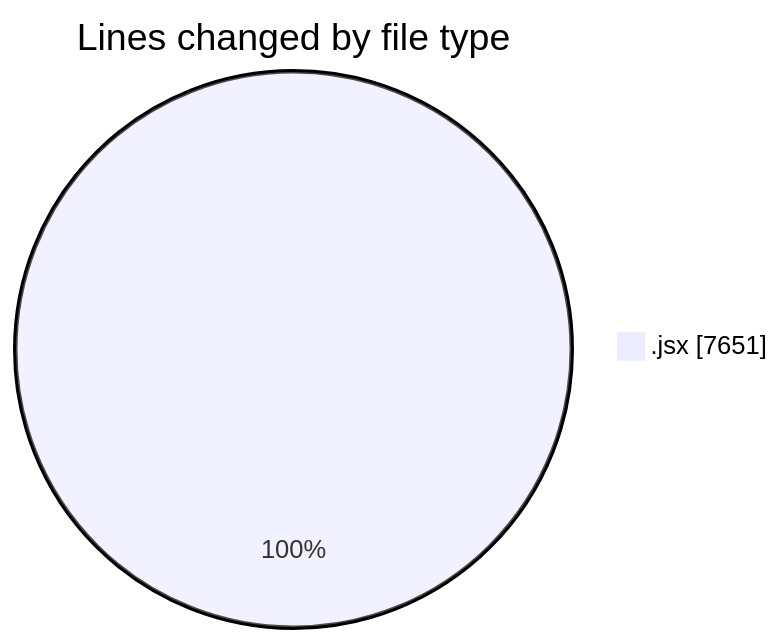
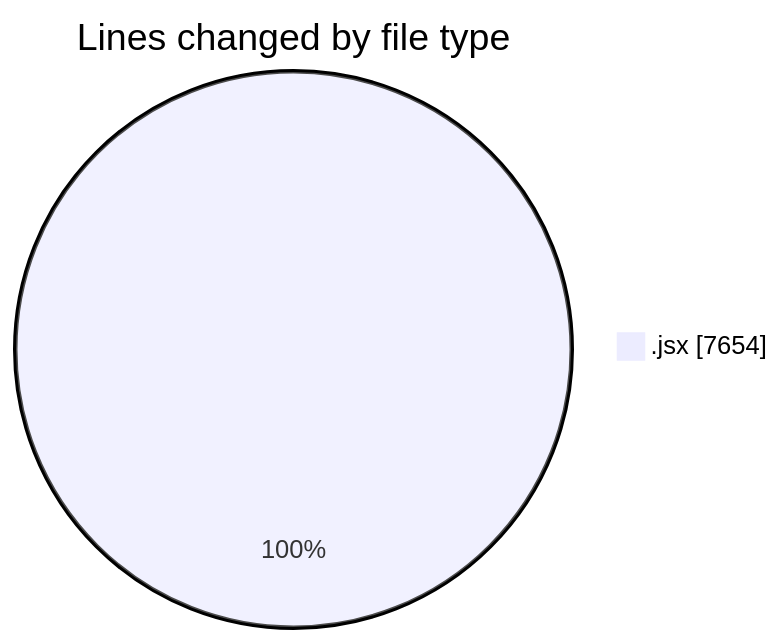
Before and after one commit to nxtqubesakshisongat/code-tracking: the first of 2 diagrams in 2025-09-09/nxtqube_webapp/README.md, drawn with Mermaid. The commit also changed other lines of this file and 1 other file, not shown here.

````diff
--- a/2025-09-09/nxtqube_webapp/README.md
+++ b/2025-09-09/nxtqube_webapp/README.md
@@ -22,5 +22,5 @@
 ```mermaid
 pie showData
 title Lines changed by file type
-".jsx" : 7651
+".jsx" : 7654
 ```
````
